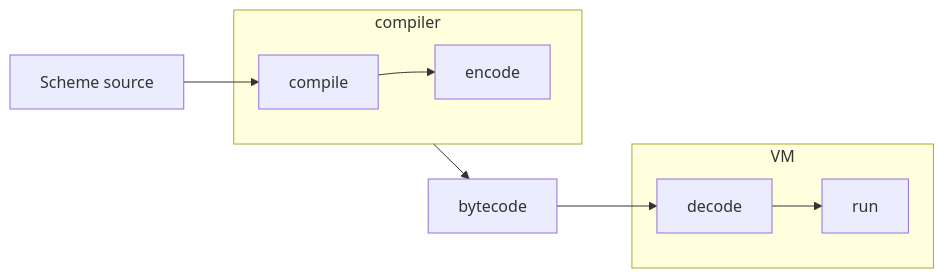
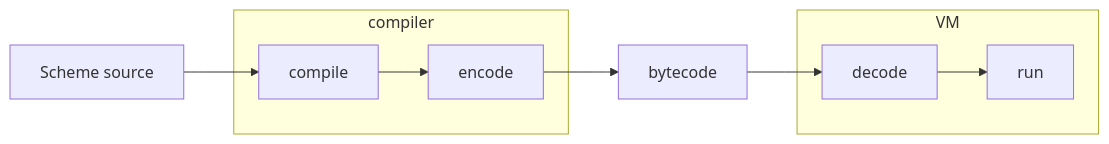
Before and after one commit to raviqqe/doc: the diagram in slides/papers/stak-scheme/encode-decode.mmd, drawn with Mermaid.

```diff
--- a/slides/papers/stak-scheme/encode-decode.mmd
+++ b/slides/papers/stak-scheme/encode-decode.mmd
@@ -1,12 +1,12 @@
 flowchart LR
   n0[Scheme source] --> compile
 
   subgraph compiler
     compile --> encode
   end
 
-  compiler --> bytecode --> decode
+  encode --> bytecode --> decode
 
   subgraph vm[VM]
     decode --> run
   end
```
